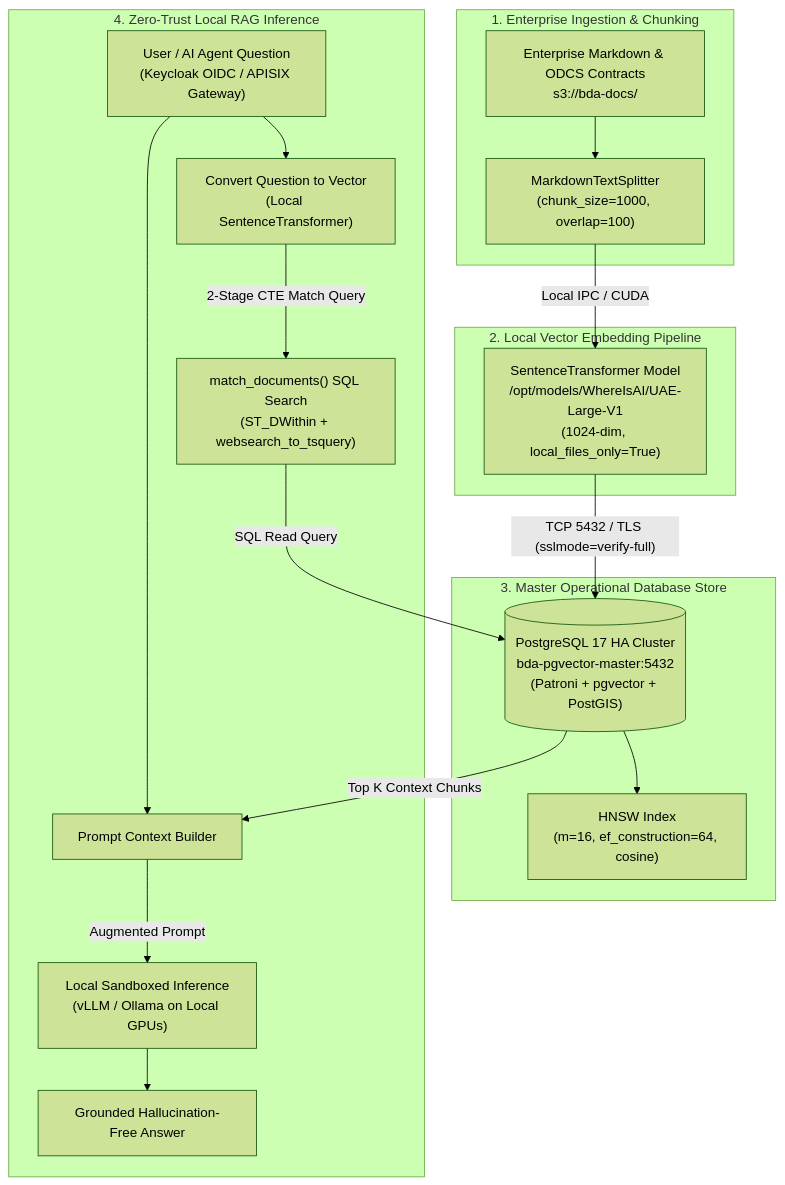
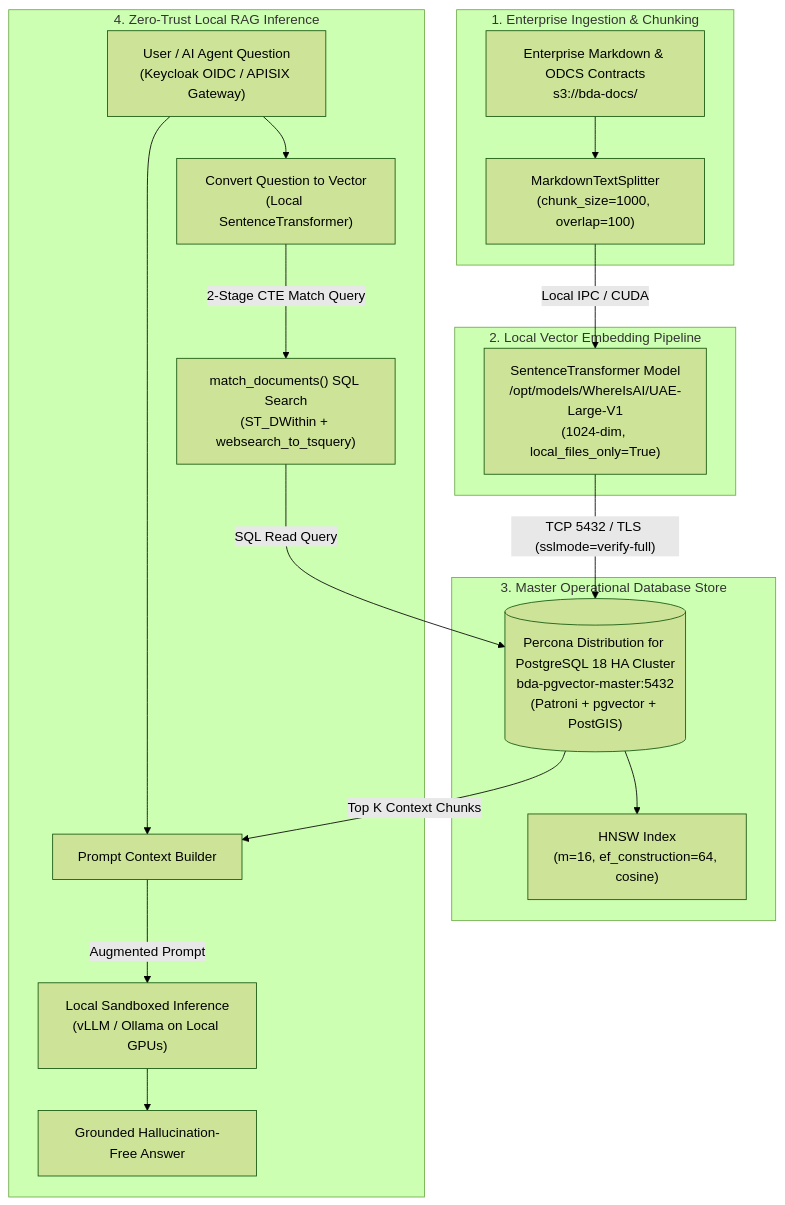
The third of 3 diagrams in docs/reference/postgresql-pgvector-enterprise-strategy.md (linuxmalaysia/bda-ai-infra), drawn with Mermaid (forest theme) before and after one commit. The commit also changed other lines of this file, not shown here.

Commit message:
docs: update PostgreSQL 18 cluster terminology in RAG diagrams
Update diagram labels in docs/reference/postgresql-pgvector-enterprise-strategy.md to align with documented PostgreSQL 18 terminology:
- Change 'PostgreSQL 17 Cluster' to 'Percona PostgreSQL 18' in SVG diagram node.
- Change 'PostgreSQL 17 HA Cluster' to 'Percona Distribution for PostgreSQL 18 HA Cluster' in Mermaid diagram node.

````diff
--- a/docs/reference/postgresql-pgvector-enterprise-strategy.md
+++ b/docs/reference/postgresql-pgvector-enterprise-strategy.md
@@ -481,25 +481,25 @@
 ```mermaid
 flowchart TD
     subgraph DataIngestion ["1. Enterprise Ingestion & Chunking"]
         Docs["Enterprise Markdown &amp; ODCS Contracts<br/>s3://bda-docs/"] --> Splitter["MarkdownTextSplitter<br/>(chunk_size=1000, overlap=100)"]
     end
 
     subgraph EmbeddingPipeline ["2. Local Vector Embedding Pipeline"]
         Splitter -->|"Local IPC / CUDA"| LocalEmbed["SentenceTransformer Model<br/>/opt/models/WhereIsAI/UAE-Large-V1<br/>(1024-dim, local_files_only=True)"]
     end
 
     subgraph PgVectorStore ["3. Master Operational Database Store"]
-        LocalEmbed -->|"TCP 5432 / TLS (sslmode=verify-full)"| PgDB[("PostgreSQL 17 HA Cluster<br/>bda-pgvector-master:5432<br/>(Patroni + pgvector + PostGIS)")]
+        LocalEmbed -->|"TCP 5432 / TLS (sslmode=verify-full)"| PgDB[("Percona Distribution for PostgreSQL 18 HA Cluster<br/>bda-pgvector-master:5432<br/>(Patroni + pgvector + PostGIS)")]
         PgDB --> HNSWIdx["HNSW Index<br/>(m=16, ef_construction=64, cosine)"]
     end
 
     subgraph RAGInference ["4. Zero-Trust Local RAG Inference"]
         UserQ["User / AI Agent Question<br/>(Keycloak OIDC / APISIX Gateway)"] --> QEmbed["Convert Question to Vector<br/>(Local SentenceTransformer)"]
         QEmbed -->|"2-Stage CTE Match Query"| MatchFunc["match_documents() SQL Search<br/>(ST_DWithin + websearch_to_tsquery)"]
         MatchFunc -->|"SQL Read Query"| PgDB
         PgDB -->|"Top K Context Chunks"| PromptBuilder["Prompt Context Builder"]
         UserQ --> PromptBuilder
         PromptBuilder -->|"Augmented Prompt"| LocalLLM["Local Sandboxed Inference<br/>(vLLM / Ollama on Local GPUs)"]
         LocalLLM --> GroundedAnswer["Grounded Hallucination-Free Answer"]
     end
 ```
````
